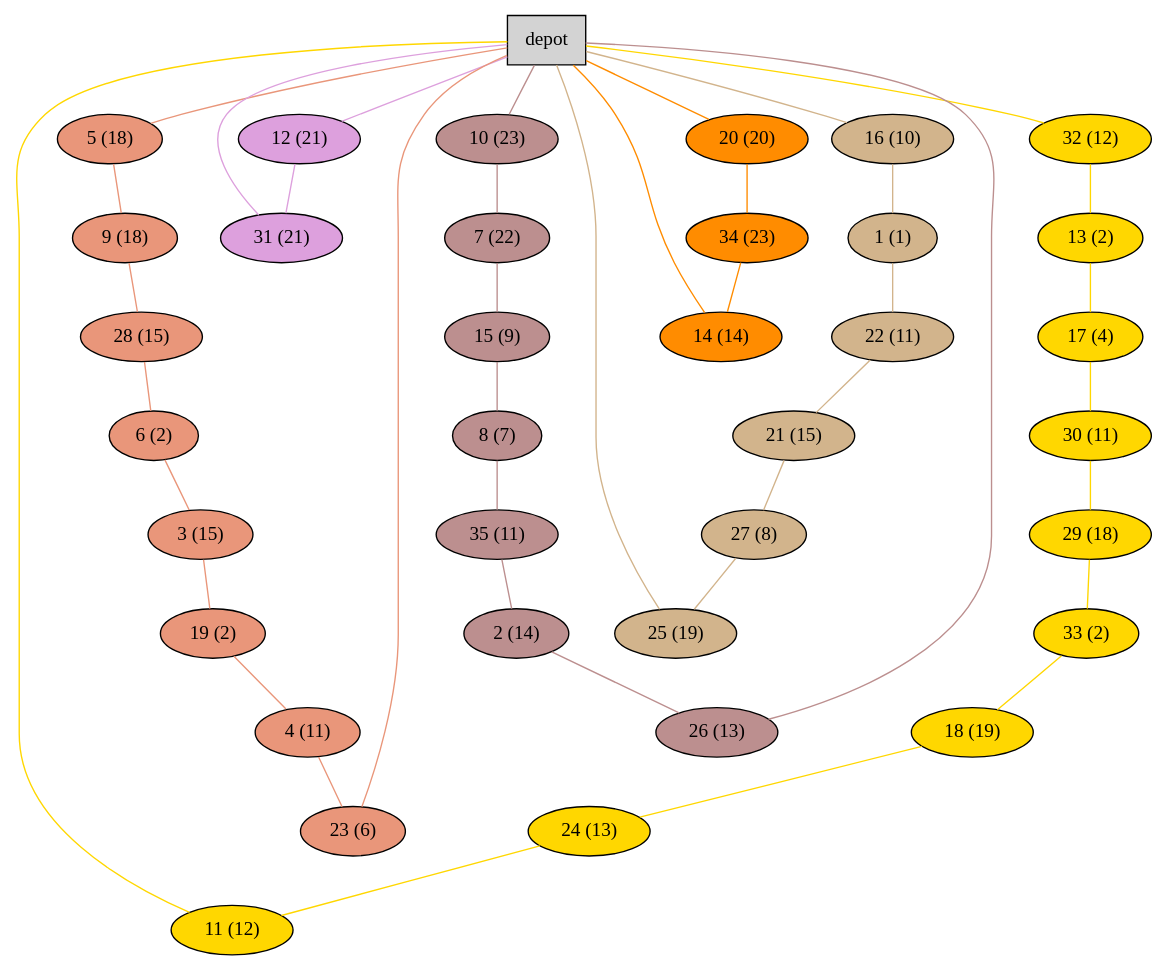
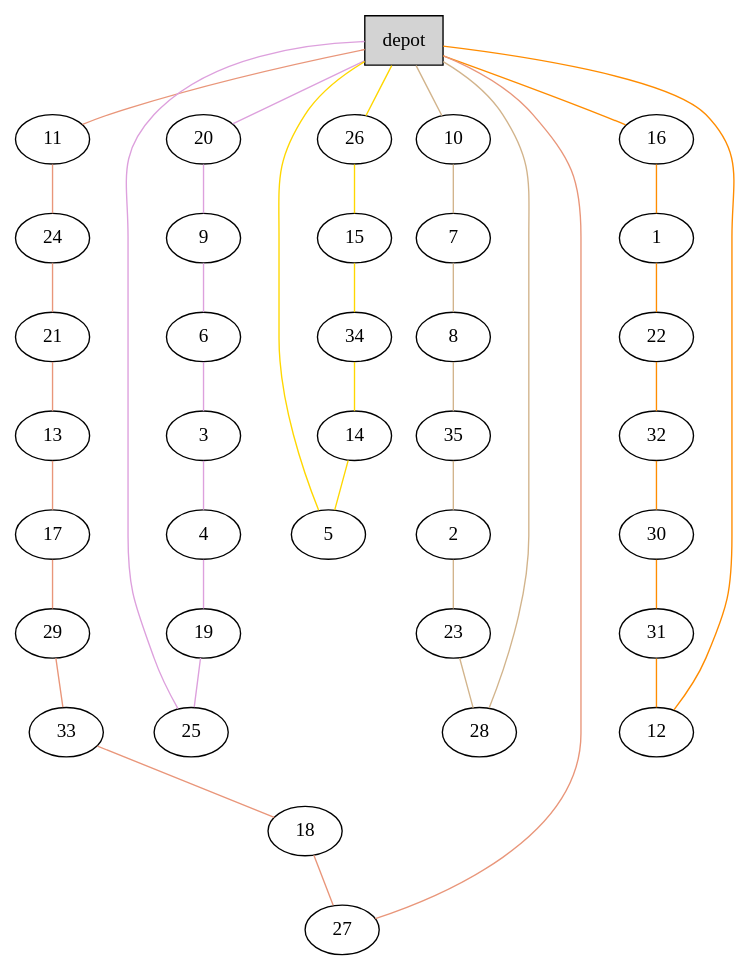
One commit to akheireddine/MAOA changed the diagram in Instances/A/plots_heuristics/A-n36-k5.vrp_G.dot. Above: the diagram before and after it, drawn with Graphviz. The commit also changed 329 other files, not shown here.

```diff
--- a/Instances/A/plots_heuristics/A-n36-k5.vrp_G.dot
+++ b/Instances/A/plots_heuristics/A-n36-k5.vrp_G.dot
@@ -1,79 +1,78 @@
 graph G {
   0[shape = box, label = "depot", style = filled ];
-  5[shape = ellipse, label = "5 (18)", style = filled , fillcolor = darksalmon ];
-  "0"--"5"[color = darksalmon];
-  9[shape = ellipse, label = "9 (18)", style = filled , fillcolor = darksalmon ];
-  "5"--"9"[color = darksalmon];
-  28[shape = ellipse, label = "28 (15)", style = filled , fillcolor = darksalmon ];
-  "9"--"28"[color = darksalmon];
-  6[shape = ellipse, label = "6 (2)", style = filled , fillcolor = darksalmon ];
-  "28"--"6"[color = darksalmon];
-  3[shape = ellipse, label = "3 (15)", style = filled , fillcolor = darksalmon ];
-  "6"--"3"[color = darksalmon];
-  19[shape = ellipse, label = "19 (2)", style = filled , fillcolor = darksalmon ];
-  "3"--"19"[color = darksalmon];
-  4[shape = ellipse, label = "4 (11)", style = filled , fillcolor = darksalmon ];
-  "19"--"4"[color = darksalmon];
-  23[shape = ellipse, label = "23 (6)", style = filled , fillcolor = darksalmon ];
-  "4"--"23"[color = darksalmon];
-  "23"--"0"[color = darksalmon];
-  32[shape = ellipse, label = "32 (12)", style = filled , fillcolor = gold ];
-  "0"--"32"[color = gold];
-  13[shape = ellipse, label = "13 (2)", style = filled , fillcolor = gold ];
-  "32"--"13"[color = gold];
-  17[shape = ellipse, label = "17 (4)", style = filled , fillcolor = gold ];
-  "13"--"17"[color = gold];
-  30[shape = ellipse, label = "30 (11)", style = filled , fillcolor = gold ];
-  "17"--"30"[color = gold];
-  29[shape = ellipse, label = "29 (18)", style = filled , fillcolor = gold ];
-  "30"--"29"[color = gold];
-  33[shape = ellipse, label = "33 (2)", style = filled , fillcolor = gold ];
-  "29"--"33"[color = gold];
-  18[shape = ellipse, label = "18 (19)", style = filled , fillcolor = gold ];
-  "33"--"18"[color = gold];
-  24[shape = ellipse, label = "24 (13)", style = filled , fillcolor = gold ];
-  "18"--"24"[color = gold];
-  11[shape = ellipse, label = "11 (12)", style = filled , fillcolor = gold ];
-  "24"--"11"[color = gold];
-  "11"--"0"[color = gold];
-  12[shape = ellipse, label = "12 (21)", style = filled , fillcolor = plum ];
-  "0"--"12"[color = plum];
-  31[shape = ellipse, label = "31 (21)", style = filled , fillcolor = plum ];
-  "12"--"31"[color = plum];
-  "31"--"0"[color = plum];
-  16[shape = ellipse, label = "16 (10)", style = filled , fillcolor = tan ];
-  "0"--"16"[color = tan];
-  1[shape = ellipse, label = "1 (1)", style = filled , fillcolor = tan ];
-  "16"--"1"[color = tan];
-  22[shape = ellipse, label = "22 (11)", style = filled , fillcolor = tan ];
-  "1"--"22"[color = tan];
-  21[shape = ellipse, label = "21 (15)", style = filled , fillcolor = tan ];
-  "22"--"21"[color = tan];
-  27[shape = ellipse, label = "27 (8)", style = filled , fillcolor = tan ];
-  "21"--"27"[color = tan];
-  25[shape = ellipse, label = "25 (19)", style = filled , fillcolor = tan ];
-  "27"--"25"[color = tan];
-  "25"--"0"[color = tan];
-  20[shape = ellipse, label = "20 (20)", style = filled , fillcolor = darkorange ];
-  "0"--"20"[color = darkorange];
-  34[shape = ellipse, label = "34 (23)", style = filled , fillcolor = darkorange ];
-  "20"--"34"[color = darkorange];
-  14[shape = ellipse, label = "14 (14)", style = filled , fillcolor = darkorange ];
-  "34"--"14"[color = darkorange];
-  "14"--"0"[color = darkorange];
-  10[shape = ellipse, label = "10 (23)", style = filled , fillcolor = rosybrown ];
-  "0"--"10"[color = rosybrown];
-  7[shape = ellipse, label = "7 (22)", style = filled , fillcolor = rosybrown ];
-  "10"--"7"[color = rosybrown];
-  15[shape = ellipse, label = "15 (9)", style = filled , fillcolor = rosybrown ];
-  "7"--"15"[color = rosybrown];
-  8[shape = ellipse, label = "8 (7)", style = filled , fillcolor = rosybrown ];
-  "15"--"8"[color = rosybrown];
-  35[shape = ellipse, label = "35 (11)", style = filled , fillcolor = rosybrown ];
-  "8"--"35"[color = rosybrown];
-  2[shape = ellipse, label = "2 (14)", style = filled , fillcolor = rosybrown ];
-  "35"--"2"[color = rosybrown];
-  26[shape = ellipse, label = "26 (13)", style = filled , fillcolor = rosybrown ];
-  "2"--"26"[color = rosybrown];
-  "26"--"0"[color = rosybrown];
+  11[shape = ellipse];
+  "0"--"11"[color = darksalmon];
+  24[shape = ellipse];
+  "11"--"24"[color = darksalmon];
+  21[shape = ellipse];
+  "24"--"21"[color = darksalmon];
+  13[shape = ellipse];
+  "21"--"13"[color = darksalmon];
+  17[shape = ellipse];
+  "13"--"17"[color = darksalmon];
+  29[shape = ellipse];
+  "17"--"29"[color = darksalmon];
+  33[shape = ellipse];
+  "29"--"33"[color = darksalmon];
+  18[shape = ellipse];
+  "33"--"18"[color = darksalmon];
+  27[shape = ellipse];
+  "18"--"27"[color = darksalmon];
+  "27"--"0"[color = darksalmon];
+  26[shape = ellipse];
+  "0"--"26"[color = gold];
+  15[shape = ellipse];
+  "26"--"15"[color = gold];
+  34[shape = ellipse];
+  "15"--"34"[color = gold];
+  14[shape = ellipse];
+  "34"--"14"[color = gold];
+  5[shape = ellipse];
+  "14"--"5"[color = gold];
+  "5"--"0"[color = gold];
+  20[shape = ellipse];
+  "0"--"20"[color = plum];
+  9[shape = ellipse];
+  "20"--"9"[color = plum];
+  6[shape = ellipse];
+  "9"--"6"[color = plum];
+  3[shape = ellipse];
+  "6"--"3"[color = plum];
+  4[shape = ellipse];
+  "3"--"4"[color = plum];
+  19[shape = ellipse];
+  "4"--"19"[color = plum];
+  25[shape = ellipse];
+  "19"--"25"[color = plum];
+  "25"--"0"[color = plum];
+  10[shape = ellipse];
+  "0"--"10"[color = tan];
+  7[shape = ellipse];
+  "10"--"7"[color = tan];
+  8[shape = ellipse];
+  "7"--"8"[color = tan];
+  35[shape = ellipse];
+  "8"--"35"[color = tan];
+  2[shape = ellipse];
+  "35"--"2"[color = tan];
+  23[shape = ellipse];
+  "2"--"23"[color = tan];
+  28[shape = ellipse];
+  "23"--"28"[color = tan];
+  "28"--"0"[color = tan];
+  16[shape = ellipse];
+  "0"--"16"[color = darkorange];
+  1[shape = ellipse];
+  "16"--"1"[color = darkorange];
+  22[shape = ellipse];
+  "1"--"22"[color = darkorange];
+  32[shape = ellipse];
+  "22"--"32"[color = darkorange];
+  30[shape = ellipse];
+  "32"--"30"[color = darkorange];
+  31[shape = ellipse];
+  "30"--"31"[color = darkorange];
+  12[shape = ellipse];
+  "31"--"12"[color = darkorange];
+  "12"--"0"[color = darkorange];
 }
```
